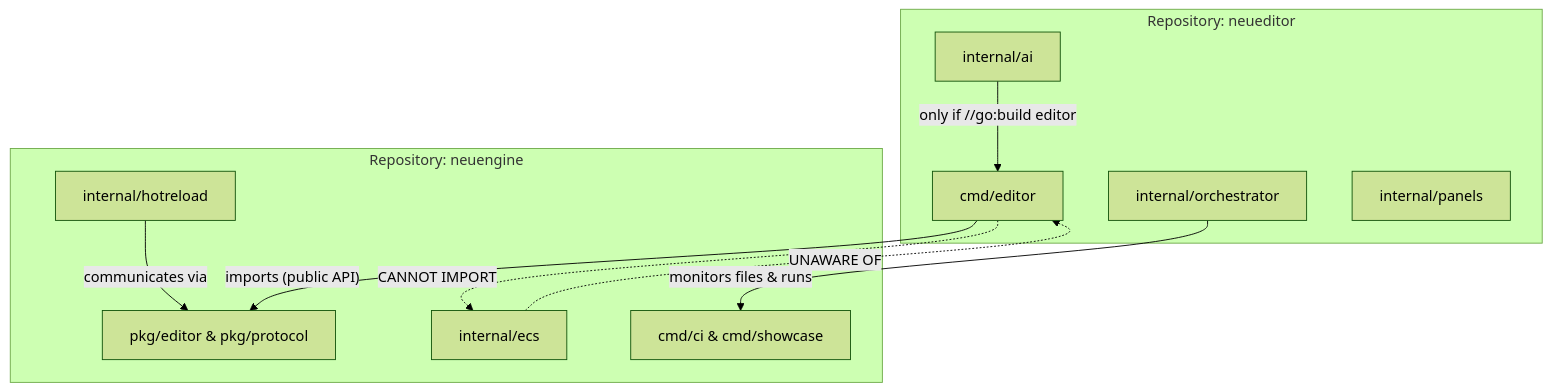
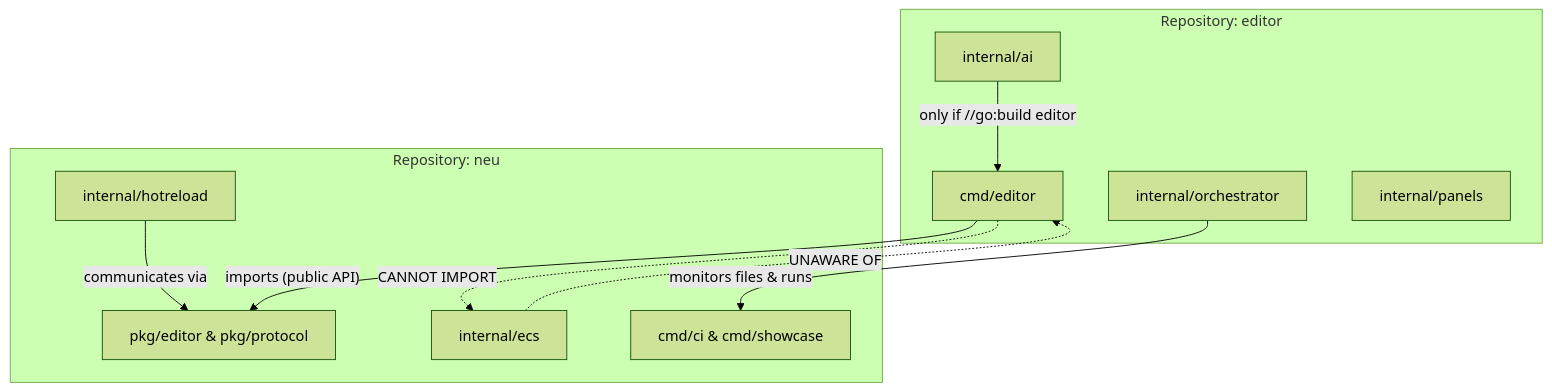
Before and after one commit to neuengine/neu: the first of 2 diagrams in .design/main/specifications/l1-multi-repo-architecture.md, drawn with Mermaid (forest theme). The commit also changed other lines of this file and 12 other files, not shown here.

````diff
--- a/.design/main/specifications/l1-multi-repo-architecture.md
+++ b/.design/main/specifications/l1-multi-repo-architecture.md
@@ -52,26 +52,26 @@
 ```mermaid
 graph TD
-    subgraph "Repository: neueditor"
+    subgraph "Repository: editor"
         ED_CMD[cmd/editor]
         ED_AI[internal/ai]
         ED_ORCH[internal/orchestrator]
         ED_UI[internal/panels]
     end
 
-    subgraph "Repository: neuengine"
+    subgraph "Repository: neu"
         ENG_CORE[internal/ecs]
         ENG_HOT[internal/hotreload]
         ENG_PKG[pkg/editor & pkg/protocol]
         ENG_CI[cmd/ci & cmd/showcase]
     end
 
     %% Dependency Rules
     ED_CMD -- "imports (public API)" --> ENG_PKG
     ED_ORCH -- "monitors files & runs" --> ENG_CI
     ED_AI -- "only if //go:build editor" --> ED_CMD
     ENG_HOT -- "communicates via" --> ENG_PKG
     
     %% Isolation
     ED_CMD -. "CANNOT IMPORT" .-> ENG_CORE
     ENG_CORE -. "UNAWARE OF" .-> ED_CMD
 ```
````
